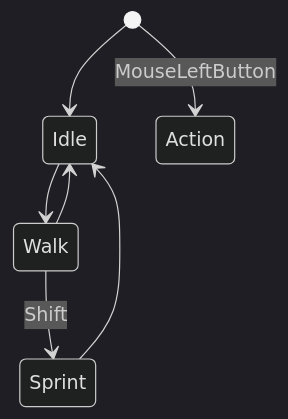
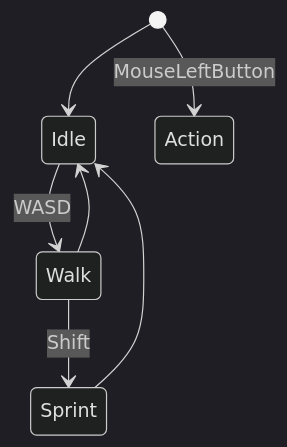
One commit to lucidgamesstudio-official/Lost-Signal-DEMO changed the diagram in README.md. Above: the diagram before and after it, drawn with Mermaid (dark theme). The commit also changed other lines of this file, not shown here.

````diff
--- a/README.md
+++ b/README.md
@@ -43,10 +44,15 @@
 ```mermaid
 stateDiagram-v2
-    [*] --> Idle
-    [*] --> Action: MouseLeftButton
-
-    Idle --> Walk
-    Walk --> Idle
-    Walk --> Sprint: Shift
-    Sprint --> Idle
+	A : Idle
+	B : Walk
+	C : Sprint
+	D : Action
+	
+    [*] --> A
+    [*] --> D: MouseLeftButton
+	
+    A --> B: WASD
+    B --> A
+    B --> C: Shift
+    C --> A
 ```
````
